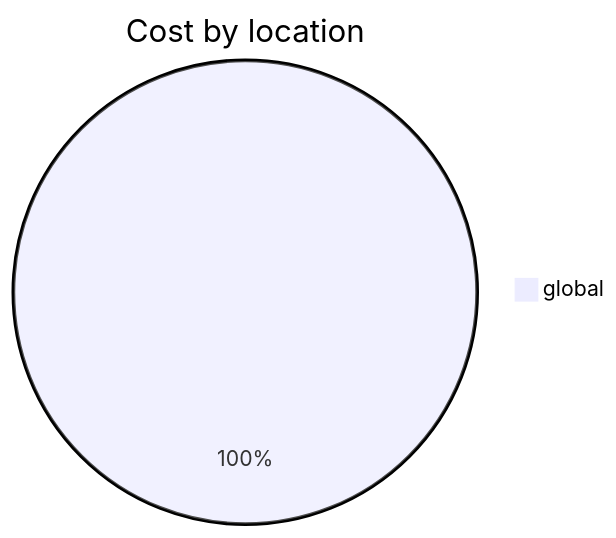
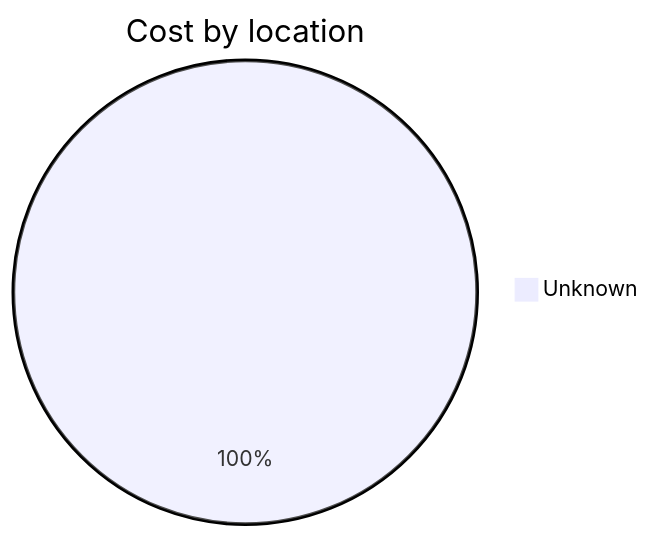
The third of 4 diagrams in cost-reports/personal-dns/jpatrickfulton.dev.md (jpfulton/azure-personal-reports), drawn with Mermaid before and after one commit. The commit also changed other lines of this file and 2 other files, not shown here.

````diff
--- a/cost-reports/personal-dns/jpatrickfulton.dev.md
+++ b/cost-reports/personal-dns/jpatrickfulton.dev.md
@@ -105,5 +105,5 @@
 ```mermaid
 pie
    title Cost by location
-   "global" : 0.03
+   "Unknown" : 0.04
 ```
````
